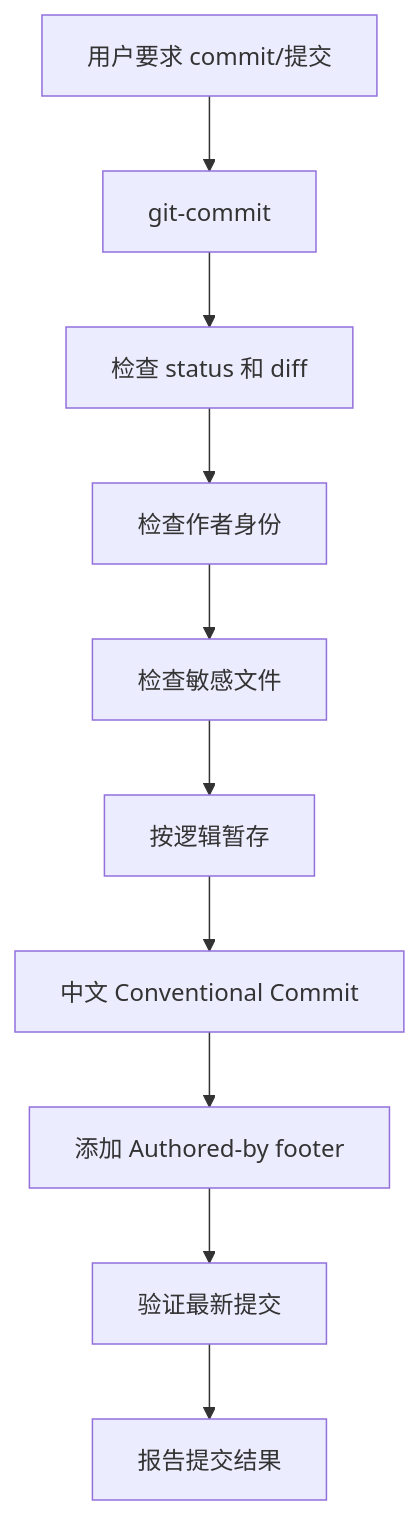
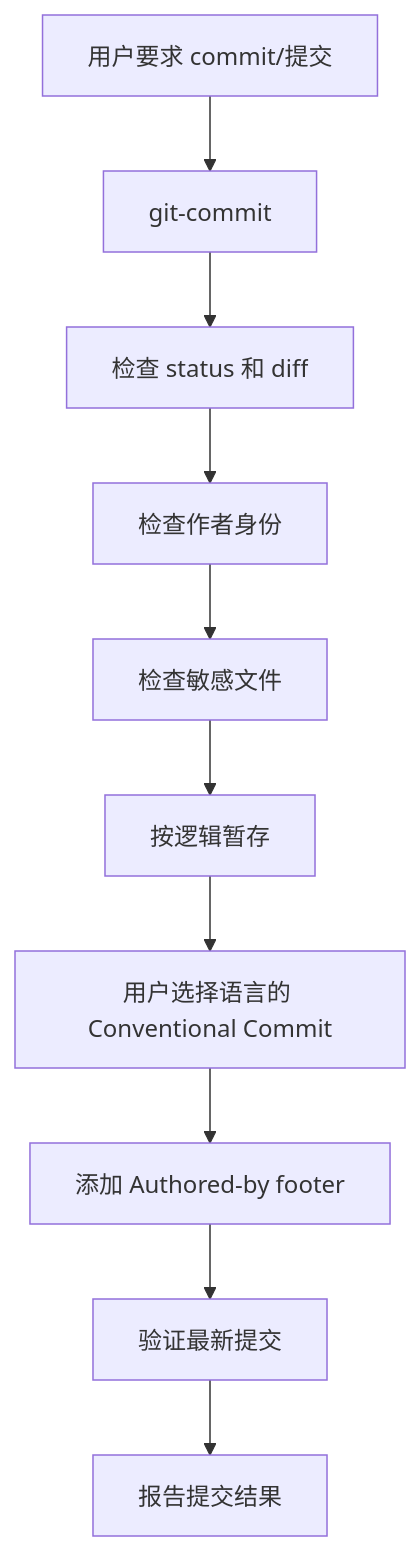
One commit to Vincen-dev/coding-plugins changed the ninth of 12 diagrams in docs/workflow-chain.md. Above: the diagram before and after it, drawn with Mermaid. The commit also changed other lines of this file and 17 other files, not shown here.

````diff
--- a/docs/workflow-chain.md
+++ b/docs/workflow-chain.md
@@ -319,12 +319,12 @@
 ```mermaid
 flowchart TD
   A["用户要求 commit/提交"] --> B["git-commit"]
   B --> C["检查 status 和 diff"]
   C --> D["检查作者身份"]
   D --> E["检查敏感文件"]
   E --> F["按逻辑暂存"]
-  F --> G["中文 Conventional Commit"]
+  F --> G["用户选择语言的 Conventional Commit"]
   G --> H["添加 Authored-by footer"]
   H --> I["验证最新提交"]
   I --> J["报告提交结果"]
 ```
````
